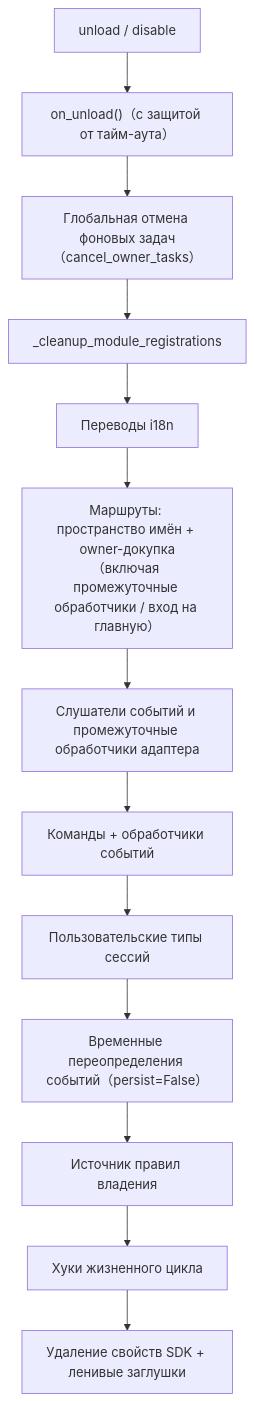
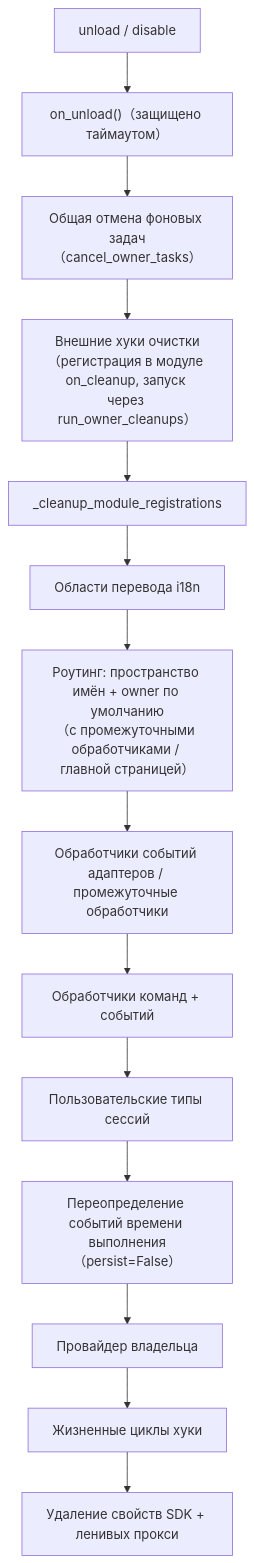
Before and after one commit to ErisPulse/ErisPulse: the diagram in docs/ru/advanced/ownership.md, drawn with Mermaid. The commit also changed other lines of this file and 39 other files, not shown here.

````diff
--- a/docs/ru/advanced/ownership.md
+++ b/docs/ru/advanced/ownership.md
@@ -73,15 +75,16 @@
 ```mermaid
 flowchart TD
-    A["unload / disable"] --> B["on_unload()（с защитой от тайм-аута）"]
-    B --> C["Глобальная отмена фоновых задач（cancel_owner_tasks）"]
-    C --> D["_cleanup_module_registrations"]
-    D --> D1["Переводы i18n"]
-    D1 --> D2["Маршруты: пространство имён + owner-докупка<br/>（включая промежуточные обработчики / вход на главную）"]
-    D2 --> D3["Слушатели событий и промежуточные обработчики адаптера"]
-    D3 --> D4["Команды + обработчики событий"]
+    A["unload / disable"] --> B["on_unload()（защищено таймаутом）"]
+    B --> C["Общая отмена фоновых задач（cancel_owner_tasks）"]
+    C --> C1["Внешние хуки очистки<br/>（регистрация в модуле on_cleanup, запуск через run_owner_cleanups）"]
+    C1 --> D["_cleanup_module_registrations"]
+    D --> D1["Области перевода i18n"]
+    D1 --> D2["Роутинг: пространство имён + owner по умолчанию<br/>（с промежуточными обработчиками / главной страницей）"]
+    D2 --> D3["Обработчики событий адаптеров / промежуточные обработчики"]
+    D3 --> D4["Обработчики команд + событий"]
     D4 --> D5["Пользовательские типы сессий"]
-    D5 --> D6["Временные переопределения событий（persist=False）"]
-    D6 --> D7["Источник правил владения"]
-    D7 --> D8["Хуки жизненного цикла"]
-    D8 --> E["Удаление свойств SDK + ленивые заглушки"]
+    D5 --> D6["Переопределение событий времени выполнения（persist=False）"]
+    D6 --> D7["Провайдер владельца"]
+    D7 --> D8["Жизненные циклы хуки"]
+    D8 --> E["Удаление свойств SDK + ленивых прокси"]
 ```
````
